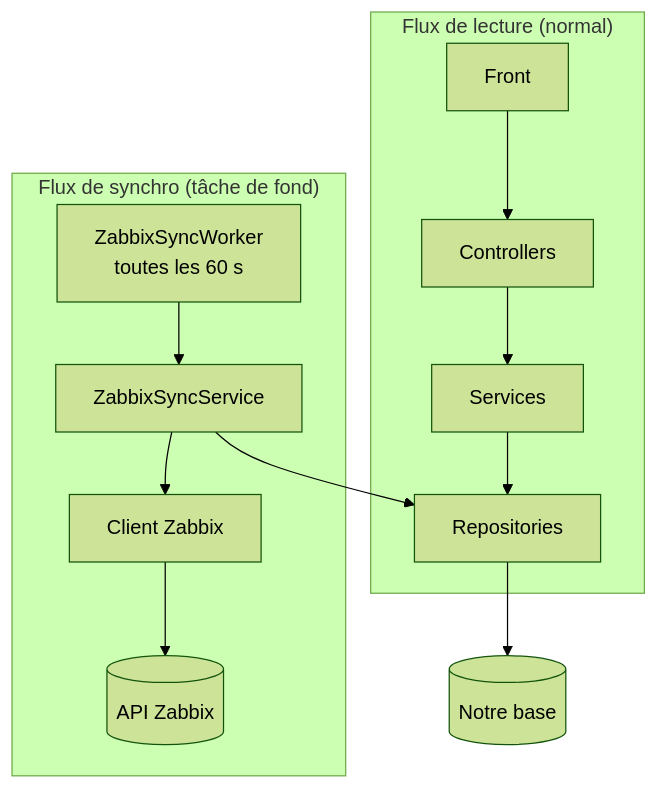
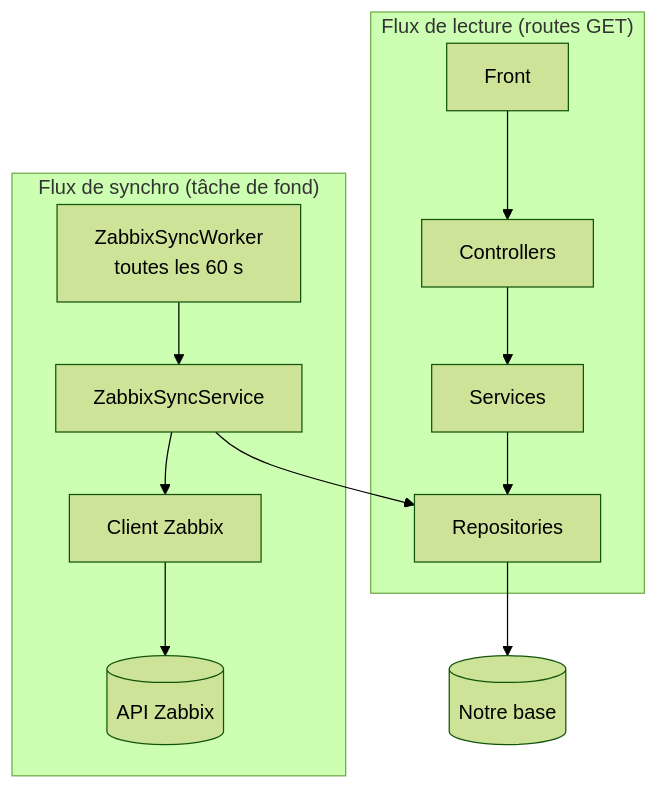
One commit to theopayet1/brain_bean changed the first of 2 diagrams in dotnet_doc/api tierces/zabbix/03 Zabbix — synchroniser dans sa base.md. Above: the diagram before and after it, drawn with Mermaid (forest theme). The commit also changed other lines of this file and 11 other files, not shown here.

````diff
--- a/dotnet_doc/api tierces/zabbix/03 Zabbix — synchroniser dans sa base.md
+++ b/dotnet_doc/api tierces/zabbix/03 Zabbix — synchroniser dans sa base.md
@@ -29,15 +29,15 @@
 ```mermaid
 flowchart TD
-    subgraph Lecture ["Flux de lecture (normal)"]
+    subgraph Lecture ["Flux de lecture (routes GET)"]
         F[Front] --> C[Controllers]
         C --> S[Services]
         S --> R[Repositories]
     end
     subgraph Synchro ["Flux de synchro (tâche de fond)"]
         W["ZabbixSyncWorker<br/>toutes les 60 s"] --> SS[ZabbixSyncService]
         SS --> ZC[Client Zabbix]
         ZC --> Z[(API Zabbix)]
         SS --> R
     end
     R --> DB[(Notre base)]
 ```
````
